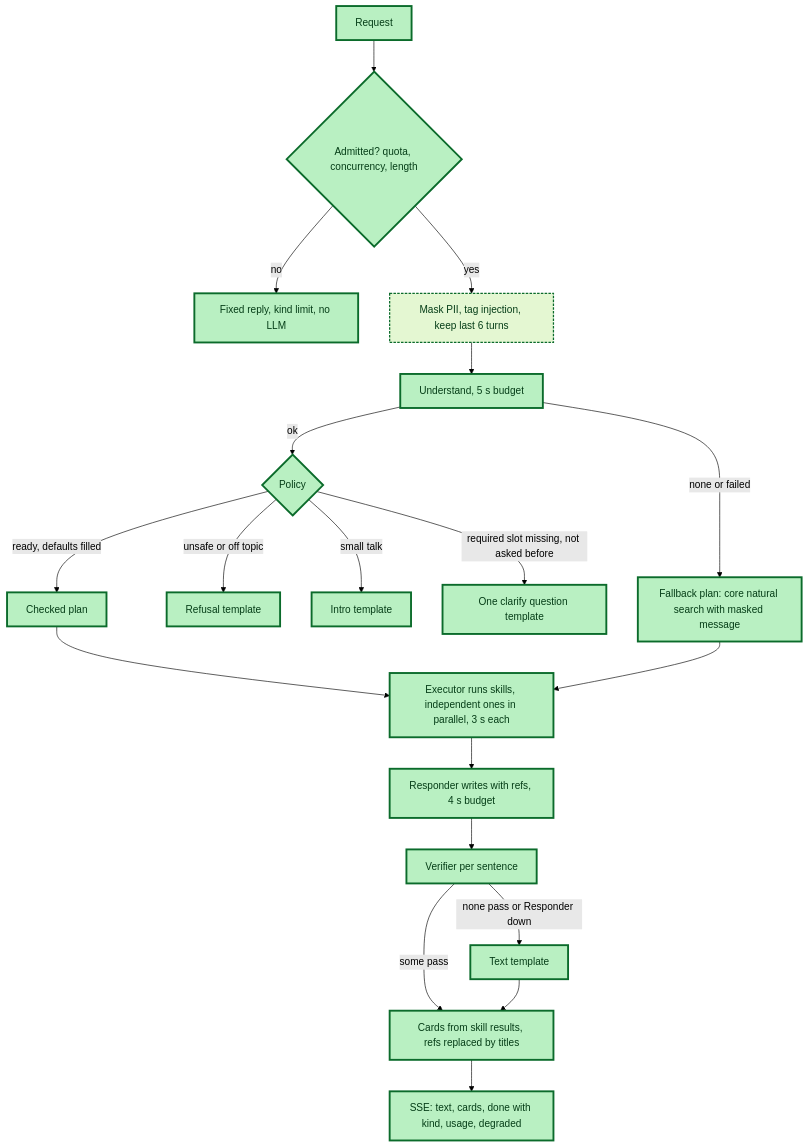
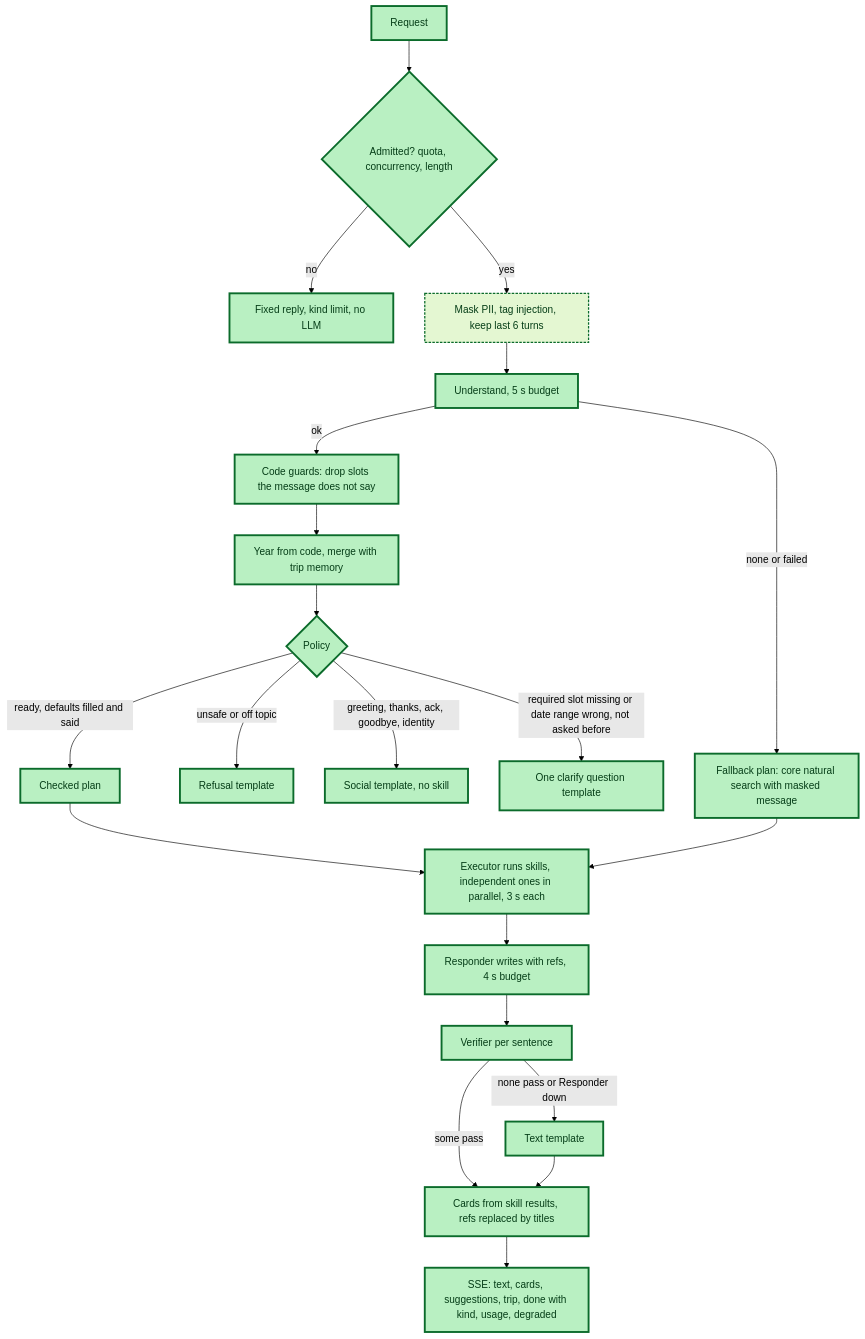
Before and after one commit to Sukemcute/tripflix-ai: the second of 2 diagrams in docs/architecture/tripi-agent-v3-de-xuat.md, drawn with Mermaid (forest theme). The commit also changed other lines of this file and 4 other files, not shown here.

````diff
--- a/docs/architecture/tripi-agent-v3-de-xuat.md
+++ b/docs/architecture/tripi-agent-v3-de-xuat.md
@@ -453,25 +505,27 @@
 ```mermaid
 flowchart TD
 classDef built fill:#b9f0c2,stroke:#0b6b2b,color:#053d17,stroke-width:3px
 classDef partbuilt fill:#e4f7d2,stroke:#0b6b2b,color:#053d17,stroke-width:2px,stroke-dasharray:4 2
 IN["Request"] --> A{"Admitted? quota, concurrency, length"}
 A -->|no| R0["Fixed reply, kind limit, no LLM"]
 A -->|yes| G["Mask PII, tag injection, keep last 6 turns"]
 G --> U["Understand, 5 s budget"]
 U -->|none or failed| FB["Fallback plan: core natural search with masked message"]
-U -->|ok| P{"Policy"}
+U -->|ok| GD["Code guards: drop slots the message does not say"]
+GD --> TM["Year from code, merge with trip memory"]
+TM --> P{"Policy"}
 P -->|unsafe or off topic| RF["Refusal template"]
-P -->|small talk| ST["Intro template"]
-P -->|required slot missing, not asked before| CL["One clarify question template"]
-P -->|ready, defaults filled| PL["Checked plan"]
+P -->|greeting, thanks, ack, goodbye, identity| ST["Social template, no skill"]
+P -->|required slot missing or date range wrong, not asked before| CL["One clarify question template"]
+P -->|ready, defaults filled and said| PL["Checked plan"]
 PL --> T["Executor runs skills, independent ones in parallel, 3 s each"]
 FB --> T
 T --> RS["Responder writes with refs, 4 s budget"]
 RS --> VF["Verifier per sentence"]
 VF -->|some pass| RD["Cards from skill results, refs replaced by titles"]
 VF -->|none pass or Responder down| TP["Text template"]
 TP --> RD
-RD --> OUT["SSE: text, cards, done with kind, usage, degraded"]
-class IN,A,R0,U,FB,P,RF,ST,CL,PL,T,RS,VF,RD,TP,OUT built
+RD --> OUT["SSE: text, cards, suggestions, trip, done with kind, usage, degraded"]
+class IN,A,R0,U,GD,TM,FB,P,RF,ST,CL,PL,T,RS,VF,RD,TP,OUT built
 class G partbuilt
 ```
````
